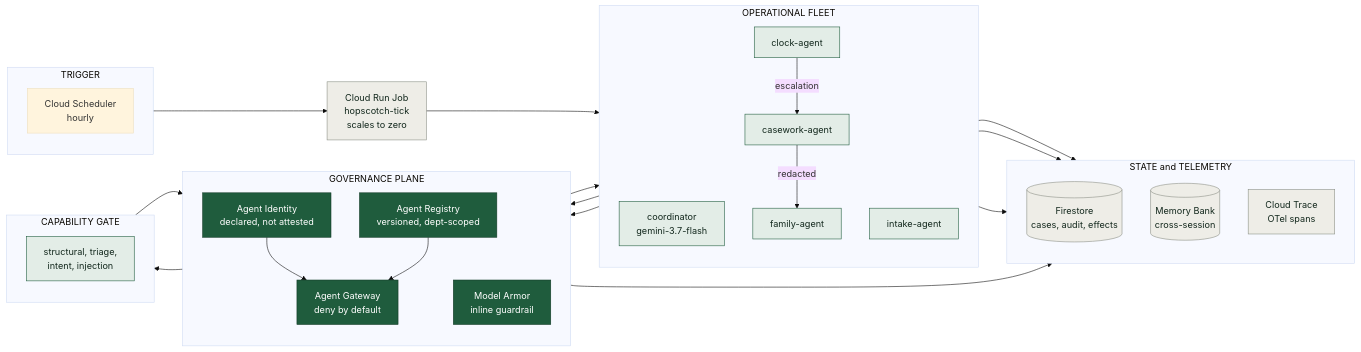
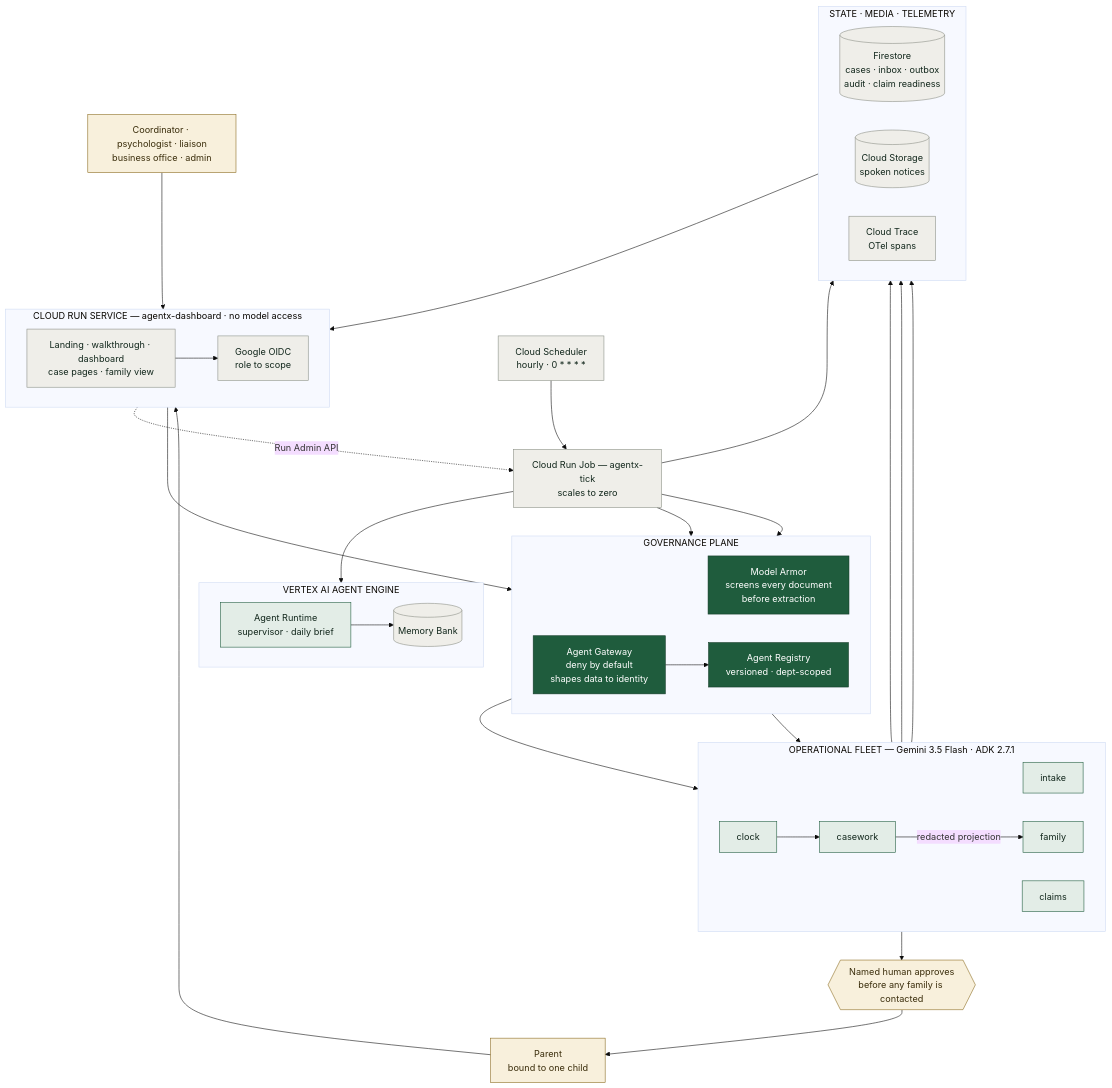
The diagram in docs/diagrams/01-system-overview.mmd (Aditya-galaxy/Hopscotch), drawn with Mermaid (base theme) before and after one commit. The commit also changed 2 other files, not shown here.

First paragraph of the commit message:
Rebuild the video plan for an unedited take, and fix the architecture diagram
The rules page says verbatim: 'We want a live, unedited demo.' That is 30% of
the score and it invalidates the advice this document previously gave, which was
to cut during the three-minute tick. There are no cuts now.

```diff
--- a/docs/diagrams/01-system-overview.mmd
+++ b/docs/diagrams/01-system-overview.mmd
@@ -1,59 +1,75 @@
-flowchart LR
-    subgraph TRIG["TRIGGER"]
-        direction TB
-        SCH["Cloud Scheduler<br/>hourly"]
+flowchart TB
+    STAFF["Coordinator · psychologist · liaison<br/>business office · admin"]
+    PAR["Parent<br/>bound to one child"]
+
+    subgraph WEB["CLOUD RUN SERVICE — agentx-dashboard · no model access"]
+        direction LR
+        UI["Landing · walkthrough · dashboard<br/>case pages · family view"]
+        AUTH["Google OIDC<br/>role to scope"]
     end
 
-    JOB["Cloud Run Job<br/>hopscotch-tick<br/>scales to zero"]
+    SCH["Cloud Scheduler<br/>hourly · 0 * * * *"]
+    JOB["Cloud Run Job — agentx-tick<br/>scales to zero"]
 
     subgraph GOV["GOVERNANCE PLANE"]
-        direction TB
-        GW["Agent Gateway<br/>deny by default"]
-        ID["Agent Identity<br/>declared, not attested"]
-        REG["Agent Registry<br/>versioned, dept-scoped"]
-        MA["Model Armor<br/>inline guardrail"]
+        direction LR
+        MA["Model Armor<br/>screens every document<br/>before extraction"]
+        GW["Agent Gateway<br/>deny by default<br/>shapes data to identity"]
+        REG["Agent Registry<br/>versioned · dept-scoped"]
     end
 
-    subgraph FLEET["OPERATIONAL FLEET"]
-        direction TB
-        CO["coordinator<br/>gemini-3.7-flash"]
-        IN["intake-agent"]
-        CL["clock-agent"]
-        CW["casework-agent"]
-        FA["family-agent"]
+    subgraph FLEET["OPERATIONAL FLEET — Gemini 3.5 Flash · ADK 2.7.1"]
+        direction LR
+        IN["intake"]
+        CL["clock"]
+        CW["casework"]
+        FA["family"]
+        CLM["claims"]
     end
 
-    subgraph GATE["CAPABILITY GATE"]
-        direction TB
-        RV["structural, triage,<br/>intent, injection"]
+    HUMAN{{"Named human approves<br/>before any family is contacted"}}
+
+    subgraph ENGINE["VERTEX AI AGENT ENGINE"]
+        direction LR
+        SUP["Agent Runtime<br/>supervisor · daily brief"]
+        MB[("Memory Bank")]
     end
 
-    subgraph STATE["STATE and TELEMETRY"]
-        direction TB
-        FS[("Firestore<br/>cases, audit, effects")]
-        MB[("Memory Bank<br/>cross-session")]
+    subgraph DATA["STATE · MEDIA · TELEMETRY"]
+        direction LR
+        FS[("Firestore<br/>cases · inbox · outbox<br/>audit · claim readiness")]
+        GCS[("Cloud Storage<br/>spoken notices")]
         CT["Cloud Trace<br/>OTel spans"]
     end
 
+    STAFF --> UI
+    PAR --> UI
+    UI --> AUTH
+    AUTH --> GW
+    UI -. "Run Admin API" .-> JOB
     SCH --> JOB
-    JOB --> CO
-    CO --> GW
-    ID --> GW
-    REG --> GW
+    JOB --> MA
+    MA --> IN
+    JOB --> GW
+    GW --> REG
     GW --> FLEET
-    CL -->|escalation| CW
-    CW -->|redacted| FA
-    IN --> MA
-    MA --> RV
-    RV --> REG
+    CL --> CW
+    CW -- "redacted projection" --> FA
+    FA --> HUMAN
+    HUMAN --> PAR
     FLEET --> FS
-    FA --> MB
-    CO --> CT
-    GW --> FS
+    FA --> GCS
+    CLM --> FS
+    JOB --> SUP
+    SUP --> MB
+    JOB --> CT
+    FS --> UI
 
-    classDef gov fill:#1F5C3D,stroke:#123a26,color:#ffffff
+    classDef gov fill:#1F5C3D,stroke:#123a26,color:#fff
     classDef fleet fill:#E3EDE7,stroke:#1F5C3D,color:#12271c
-    classDef store fill:#EEEDE7,stroke:#8a8f86,color:#12271c
-    class GW,ID,REG,MA gov
-    class CO,IN,CL,CW,FA,RV fleet
-    class FS,MB,CT,JOB store
+    classDef store fill:#EFEEE9,stroke:#8a8f86,color:#12271c
+    classDef human fill:#F8F0DC,stroke:#8A6A1F,color:#3a2d0b
+    class GW,REG,MA gov
+    class IN,CL,CW,FA,CLM,SUP fleet
+    class FS,MB,CT,JOB,SCH,GCS,UI,AUTH store
+    class HUMAN,STAFF,PAR human
```
